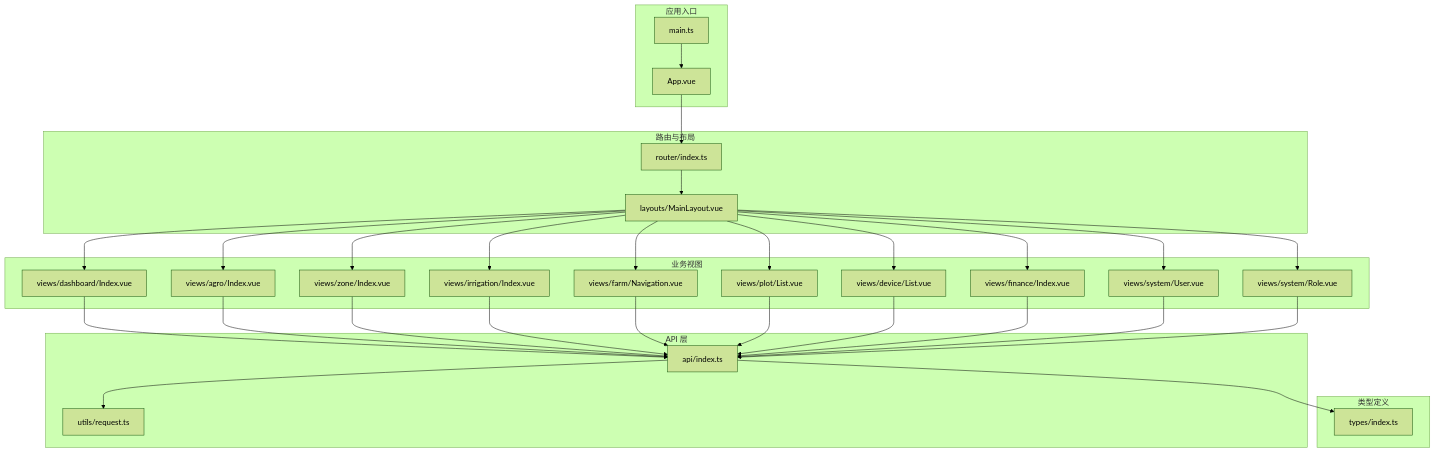
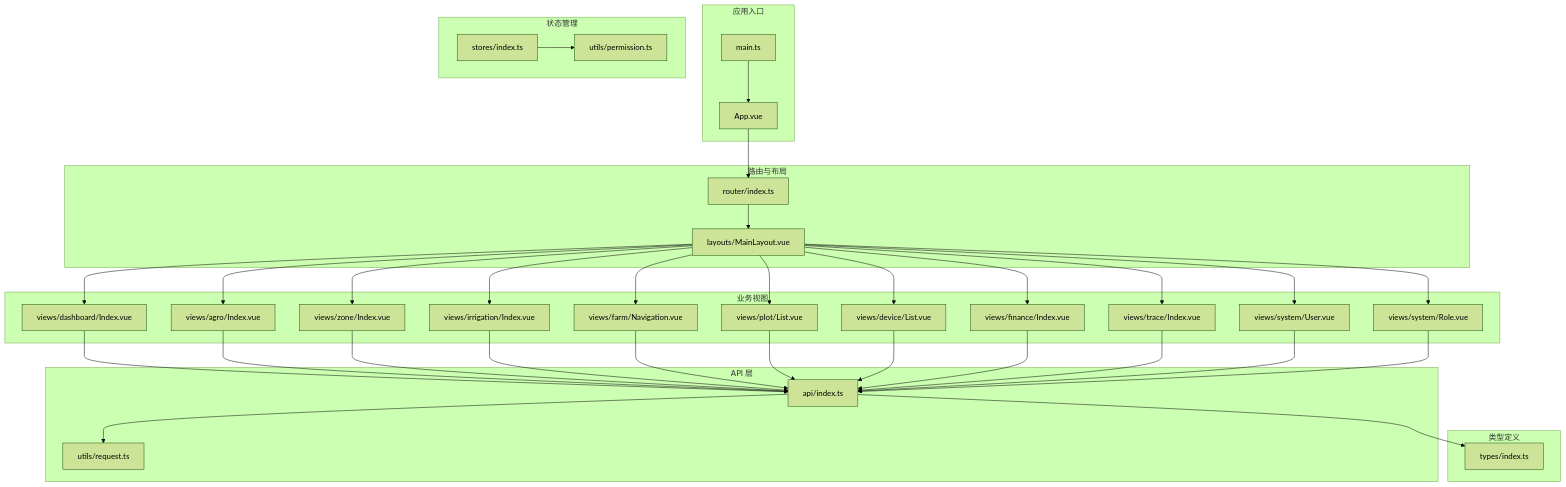
One commit to q446328246/agri-platform changed the first of 14 diagrams in .qoder/repowiki/zh/content/前端应用文档/前端应用文档.md. Above: the diagram before and after it, drawn with Mermaid (forest theme). The commit also changed other lines of this file and 37 other files, not shown here.

````diff
--- a/.qoder/repowiki/zh/content/前端应用文档/前端应用文档.md
+++ b/.qoder/repowiki/zh/content/前端应用文档/前端应用文档.md
@@ -63,55 +68,63 @@
 ```mermaid
 graph TB
 subgraph "应用入口"
 main_ts["main.ts"]
 app_vue["App.vue"]
 end
 subgraph "路由与布局"
 router_ts["router/index.ts"]
 layout_vue["layouts/MainLayout.vue"]
 end
 subgraph "业务视图"
 dashboard_vue["views/dashboard/Index.vue"]
 agro_vue["views/agro/Index.vue"]
 zone_vue["views/zone/Index.vue"]
 irrigation_vue["views/irrigation/Index.vue"]
 navigation_vue["views/farm/Navigation.vue"]
 plot_list_vue["views/plot/List.vue"]
 device_list_vue["views/device/List.vue"]
 finance_index_vue["views/finance/Index.vue"]
+trace_index_vue["views/trace/Index.vue"]
 system_user_vue["views/system/User.vue"]
 system_role_vue["views/system/Role.vue"]
 end
 subgraph "API 层"
 api_index_ts["api/index.ts"]
 request_ts["utils/request.ts"]
 end
 subgraph "类型定义"
 types_index_ts["types/index.ts"]
+end
+subgraph "状态管理"
+stores_index_ts["stores/index.ts"]
+permission_ts["utils/permission.ts"]
 end
 main_ts --> app_vue
 app_vue --> router_ts
 router_ts --> layout_vue
 layout_vue --> dashboard_vue
 layout_vue --> agro_vue
 layout_vue --> zone_vue
 layout_vue --> irrigation_vue
 layout_vue --> navigation_vue
 layout_vue --> plot_list_vue
 layout_vue --> device_list_vue
 layout_vue --> finance_index_vue
+layout_vue --> trace_index_vue
 layout_vue --> system_user_vue
 layout_vue --> system_role_vue
 dashboard_vue --> api_index_ts
 agro_vue --> api_index_ts
 zone_vue --> api_index_ts
 irrigation_vue --> api_index_ts
 navigation_vue --> api_index_ts
 plot_list_vue --> api_index_ts
 device_list_vue --> api_index_ts
 finance_index_vue --> api_index_ts
+trace_index_vue --> api_index_ts
 system_user_vue --> api_index_ts
 system_role_vue --> api_index_ts
 api_index_ts --> request_ts
 api_index_ts --> types_index_ts
+stores_index_ts --> permission_ts
 ```
````
